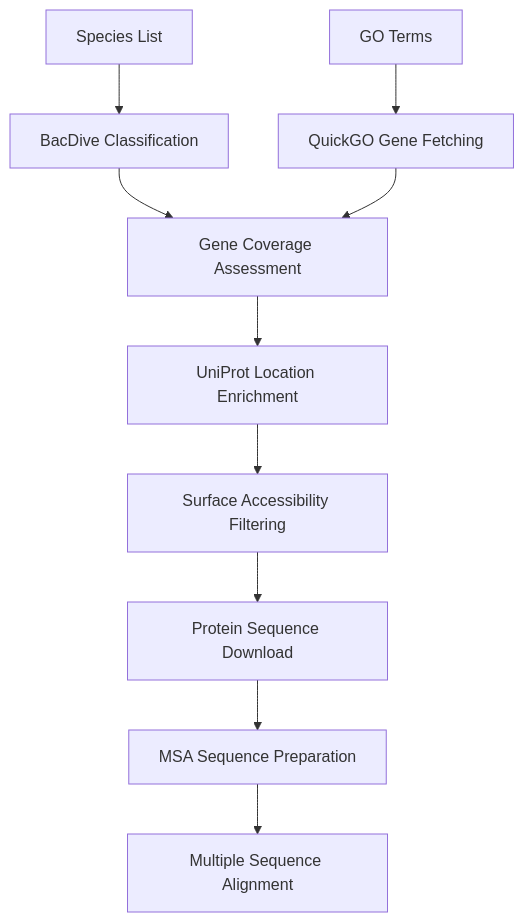
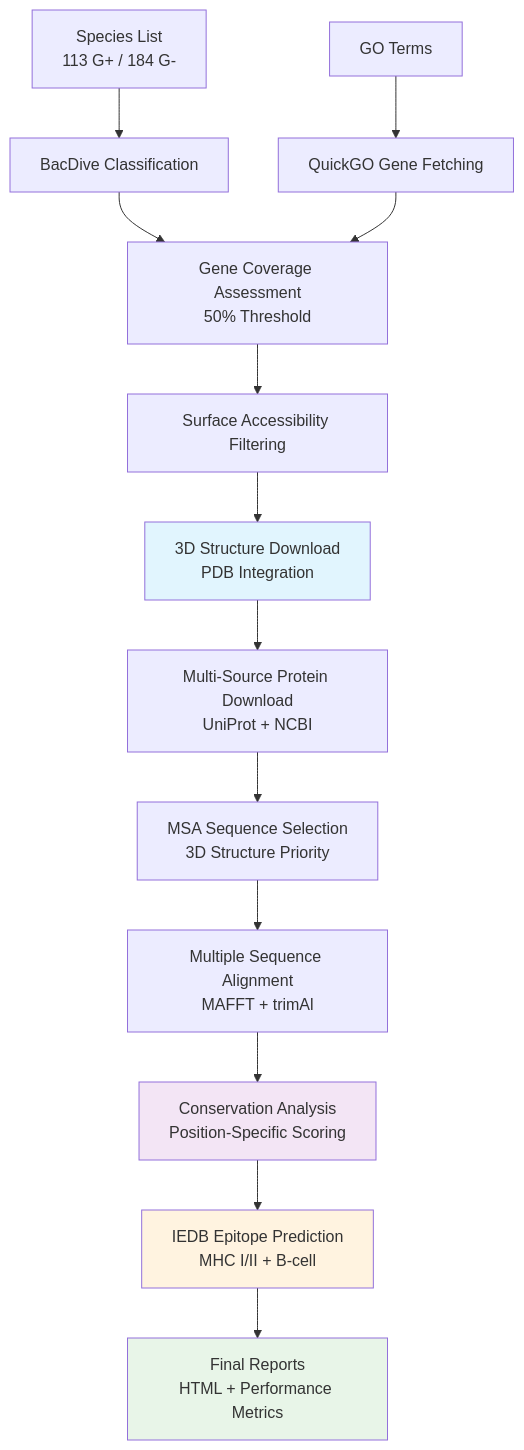
Before and after one commit to CatiaBio/TargSeek: the diagram in README.md, drawn with Mermaid. The commit also changed other lines of this file and 1 other file, not shown here.

````diff
--- a/README.md
+++ b/README.md
@@ -44,12 +55,20 @@
 ```mermaid
 graph TD
-    A[Species List] --> B[BacDive Classification]
+    A[Species List<br/>113 G+ / 184 G-] --> B[BacDive Classification]
     C[GO Terms] --> D[QuickGO Gene Fetching]
-    B --> E[Gene Coverage Assessment]
+    B --> E[Gene Coverage Assessment<br/>50% Threshold]
     D --> E
-    E --> F[UniProt Location Enrichment]
-    F --> G[Surface Accessibility Filtering]
-    G --> H[Protein Sequence Download]
-    H --> I[MSA Sequence Preparation]
-    I --> J[Multiple Sequence Alignment]
+    E --> F[Surface Accessibility Filtering]
+    F --> G[3D Structure Download<br/>PDB Integration]
+    G --> H[Multi-Source Protein Download<br/>UniProt + NCBI]
+    H --> I[MSA Sequence Selection<br/>3D Structure Priority]
+    I --> J[Multiple Sequence Alignment<br/>MAFFT + trimAl]
+    J --> K[Conservation Analysis<br/>Position-Specific Scoring]
+    K --> L[IEDB Epitope Prediction<br/>MHC I/II + B-cell]
+    L --> M[Final Reports<br/>HTML + Performance Metrics]
+    
+    style G fill:#e1f5fe
+    style K fill:#f3e5f5
+    style L fill:#fff3e0
+    style M fill:#e8f5e8
 ```
````
